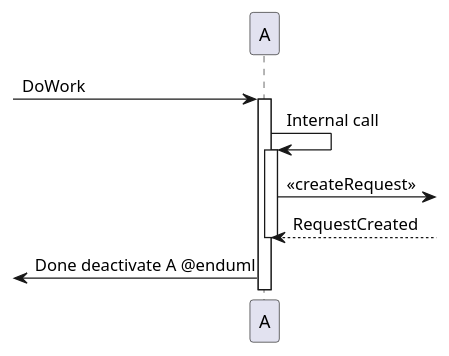
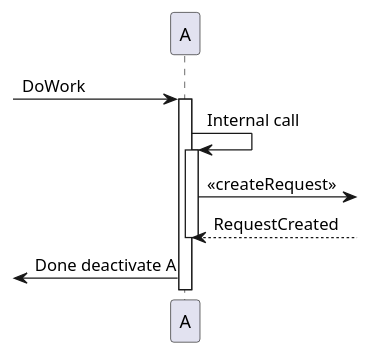
One commit to xian2207/xian2207.github.io changed the eighth of 30 diagrams in _posts/2020-06-26-uml_learn_note.md. Above: the diagram before and after it, drawn with PlantUML. The commit also changed other lines of this file and 7 other files, not shown here.

````diff
--- a/_posts/2020-06-26-uml_learn_note.md
+++ b/_posts/2020-06-26-uml_learn_note.md
@@ -204,13 +202,11 @@
 ```plantuml
-@startuml
+
 [-> A: DoWork
 activate A
 A -> A: Internal call 
 activate A
 A ->] : << createRequest >>
 A<--] : RequestCreated 
 deactivate A 
-[<- A: Done deactivate A @enduml
-
-@enduml
+[<- A: Done deactivate A 
 ```
````
